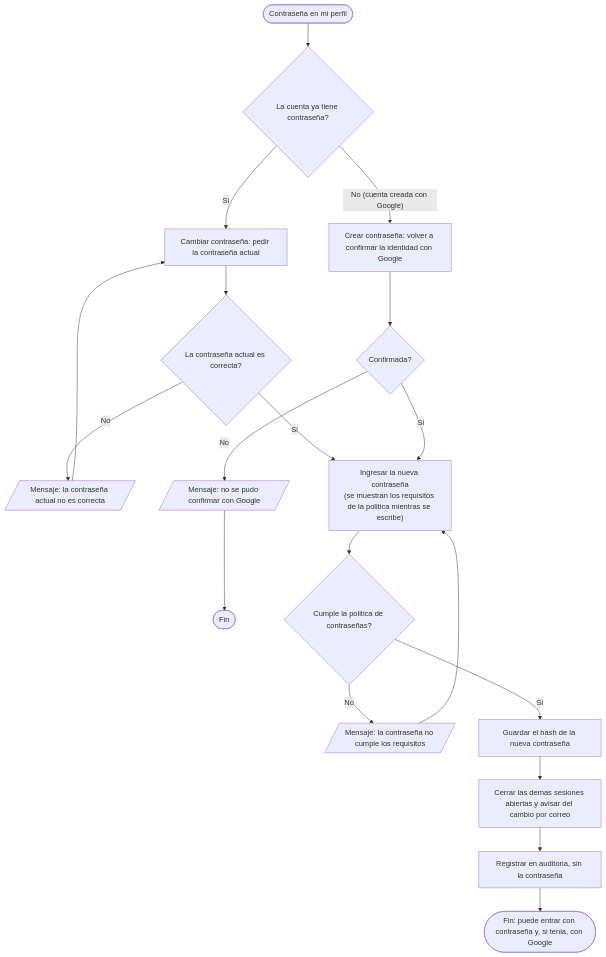
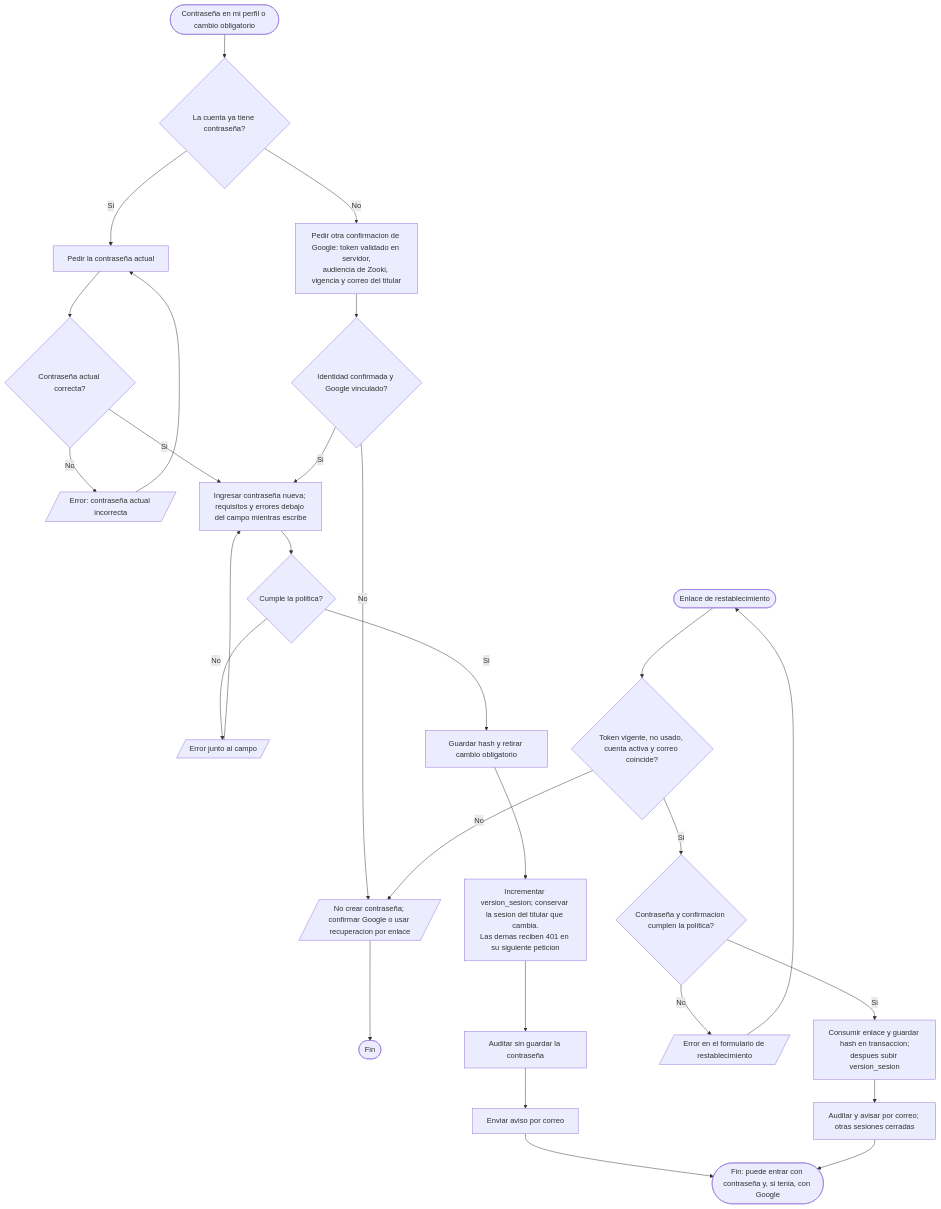
Diagram 22 of 23 in documentacion/Modelos.md (carvajal7lsch-commits/Zooki), drawn with Mermaid before and after one commit. The commit also changed other lines of this file and 6 other files, not shown here.

Commit message:
docs(m0): D2.2 invitacion al personal existente, cierre de sesiones y diagramas 9, 10, 10.1 y 13.3 (RE-T.7.5, RE-T.2.5, RN-705, RN-G06)

````diff
--- a/documentacion/Modelos.md
+++ b/documentacion/Modelos.md
@@ -796,21 +861,30 @@
 ```mermaid
 flowchart TD
-  A([Contraseña en mi perfil]) --> B{La cuenta ya tiene contraseña?}
-  B -- Si --> C[Cambiar contraseña: pedir la contraseña actual]
-  C --> C1{La contraseña actual es correcta?}
-  C1 -- No --> C2[/"Mensaje: la contraseña actual no es correcta"/]
+  A([Contraseña en mi perfil o cambio obligatorio]) --> B{La cuenta ya tiene contraseña?}
+  B -- Si --> C[Pedir la contraseña actual]
+  C --> C1{Contraseña actual correcta?}
+  C1 -- No --> C2[/"Error: contraseña actual incorrecta"/]
   C2 --> C
   C1 -- Si --> N
-  B -- "No (cuenta creada con Google)" --> G["Crear contraseña: volver a confirmar la identidad con Google"]
-  G --> G1{Confirmada?}
-  G1 -- No --> G2[/"Mensaje: no se pudo confirmar con Google"/]
+  B -- No --> G["Pedir otra confirmacion de Google: token validado en servidor,<br/>audiencia de Zooki, vigencia y correo del titular"]
+  G --> G1{Identidad confirmada y Google vinculado?}
+  G1 -- No --> G2[/"No crear contraseña; confirmar Google o usar recuperacion por enlace"/]
   G2 --> ZF([Fin])
-  G1 -- Si --> N
-  N["Ingresar la nueva contraseña<br/>(se muestran los requisitos de la politica mientras se escribe)"] --> P{Cumple la politica de contraseñas?}
-  P -- No --> P1[/"Mensaje: la contraseña no cumple los requisitos"/]
+  G1 -- Si --> N["Ingresar contraseña nueva; requisitos y errores debajo del campo mientras escribe"]
+  N --> P{Cumple la politica?}
+  P -- No --> P1[/"Error junto al campo"/]
   P1 --> N
-  P -- Si --> S[Guardar el hash de la nueva contraseña]
-  S --> SS[Cerrar las demas sesiones abiertas y avisar del cambio por correo]
-  SS --> AUD[Registrar en auditoria, sin la contraseña]
-  AUD --> F([Fin: puede entrar con contraseña y, si tenia, con Google])
+  P -- Si --> S[Guardar hash y retirar cambio obligatorio]
+  S --> SS["Incrementar version_sesion; conservar la sesion del titular que cambia.<br/>Las demas reciben 401 en su siguiente peticion"]
+  SS --> AUD[Auditar sin guardar la contraseña]
+  AUD --> COR[Enviar aviso por correo]
+  COR --> F([Fin: puede entrar con contraseña y, si tenia, con Google])
+  R([Enlace de restablecimiento]) --> RV{Token vigente, no usado, cuenta activa y correo coincide?}
+  RV -- No --> G2
+  RV -- Si --> RP{Contraseña y confirmacion cumplen la politica?}
+  RP -- No --> RERR[/"Error en el formulario de restablecimiento"/]
+  RERR --> R
+  RP -- Si --> TX["Consumir enlace y guardar hash en transaccion;<br/>despues subir version_sesion"]
+  TX --> RA[Auditar y avisar por correo; otras sesiones cerradas]
+  RA --> F
 ```
````
